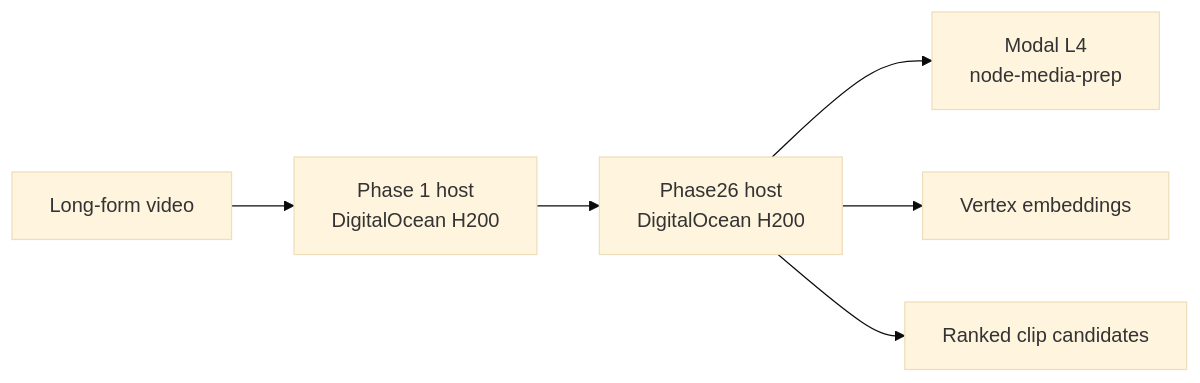
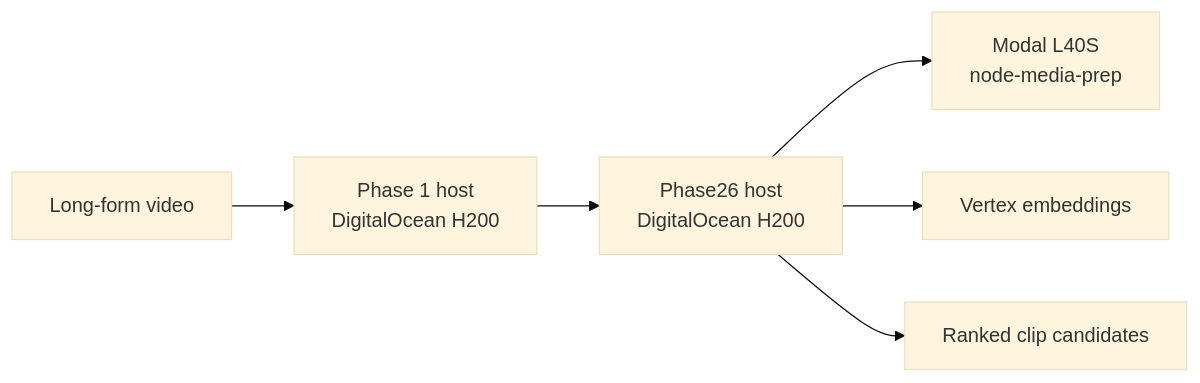
The first of 2 diagrams in README.md (ClyptAI/Clypt-Backend), drawn with Mermaid (base theme) before and after one commit. The commit also changed other lines of this file and 23 other files, not shown here.

Commit message:
Implement batched node-media prep pipeline (not yet live-tested)

````diff
--- a/README.md
+++ b/README.md
@@ -39,15 +39,15 @@
 ```mermaid
 flowchart LR
   source["Long-form video"]
   phase1["Phase 1 host<br/>DigitalOcean H200"]
   phase26["Phase26 host<br/>DigitalOcean H200"]
-  modal["Modal L4<br/>node-media-prep"]
+  modal["Modal L40S<br/>node-media-prep"]
   vertex["Vertex embeddings"]
   out["Ranked clip candidates"]
 
   source --> phase1
   phase1 --> phase26
   phase26 --> modal
   phase26 --> vertex
   phase26 --> out
 ```
````
